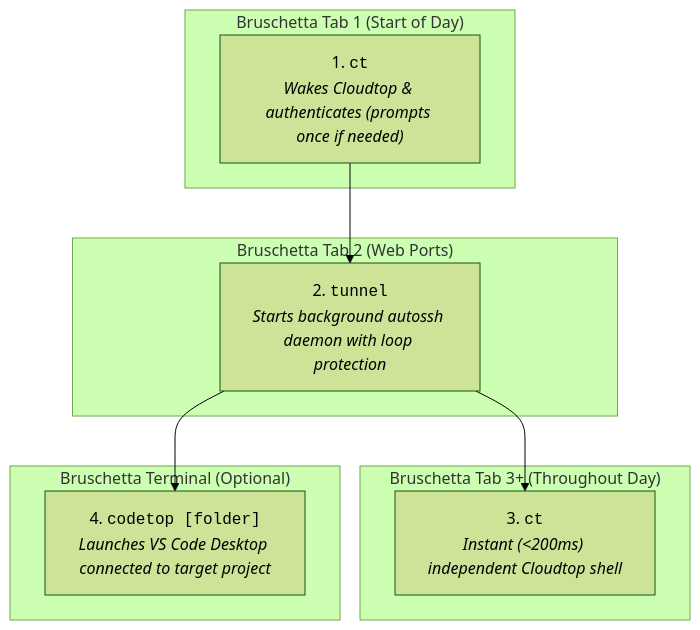
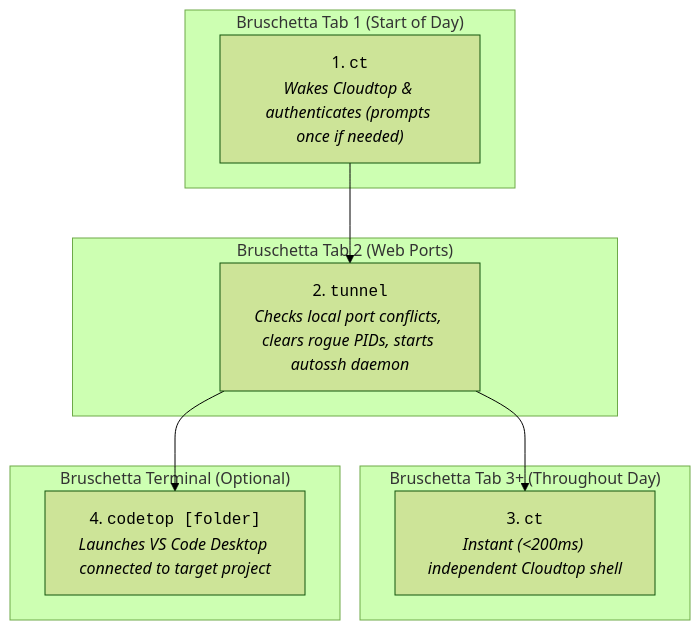
One commit to brendanhills/uk-bh-cch-demos changed the diagram in ce_chromebox_setup/README.md. Above: the diagram before and after it, drawn with Mermaid (forest theme). The commit also changed other lines of this file and 1 other file, not shown here.

Commit message:
feat(tunnel): add automated local port conflict detection and cleanup before starting tunnel

````diff
--- a/ce_chromebox_setup/README.md
+++ b/ce_chromebox_setup/README.md
@@ -63,22 +63,22 @@
 ```mermaid
 flowchart TD
     subgraph Tab1 ["Bruschetta Tab 1 (Start of Day)"]
         CT1["1. <code>ct</code><br><i>Wakes Cloudtop & authenticates (prompts once if needed)</i>"]
     end
 
     subgraph Tab2 ["Bruschetta Tab 2 (Web Ports)"]
-        T["2. <code>tunnel</code><br><i>Starts background autossh daemon with loop protection</i>"]
+        T["2. <code>tunnel</code><br><i>Checks local port conflicts, clears rogue PIDs, starts autossh daemon</i>"]
     end
 
     subgraph TabN ["Bruschetta Tab 3+ (Throughout Day)"]
         CTN["3. <code>ct</code><br><i>Instant (<200ms) independent Cloudtop shell</i>"]
     end
 
     subgraph Editor ["Bruschetta Terminal (Optional)"]
         Code["4. <code>codetop [folder]</code><br><i>Launches VS Code Desktop connected to target project</i>"]
     end
 
     CT1 --> T
     T --> CTN
     T --> Code
 ```
````
